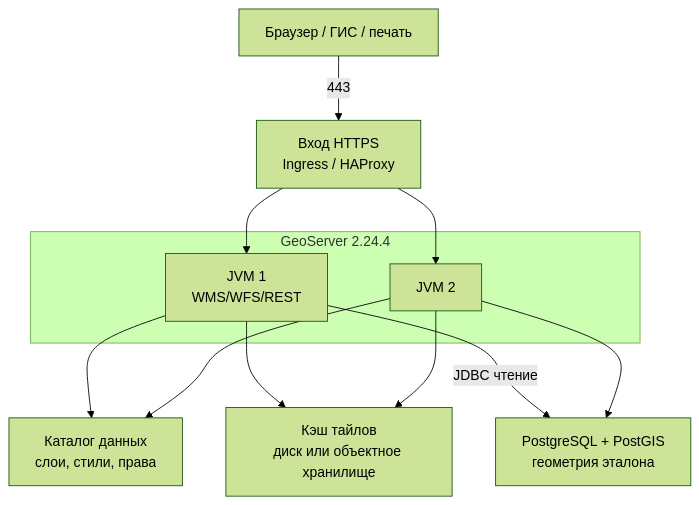
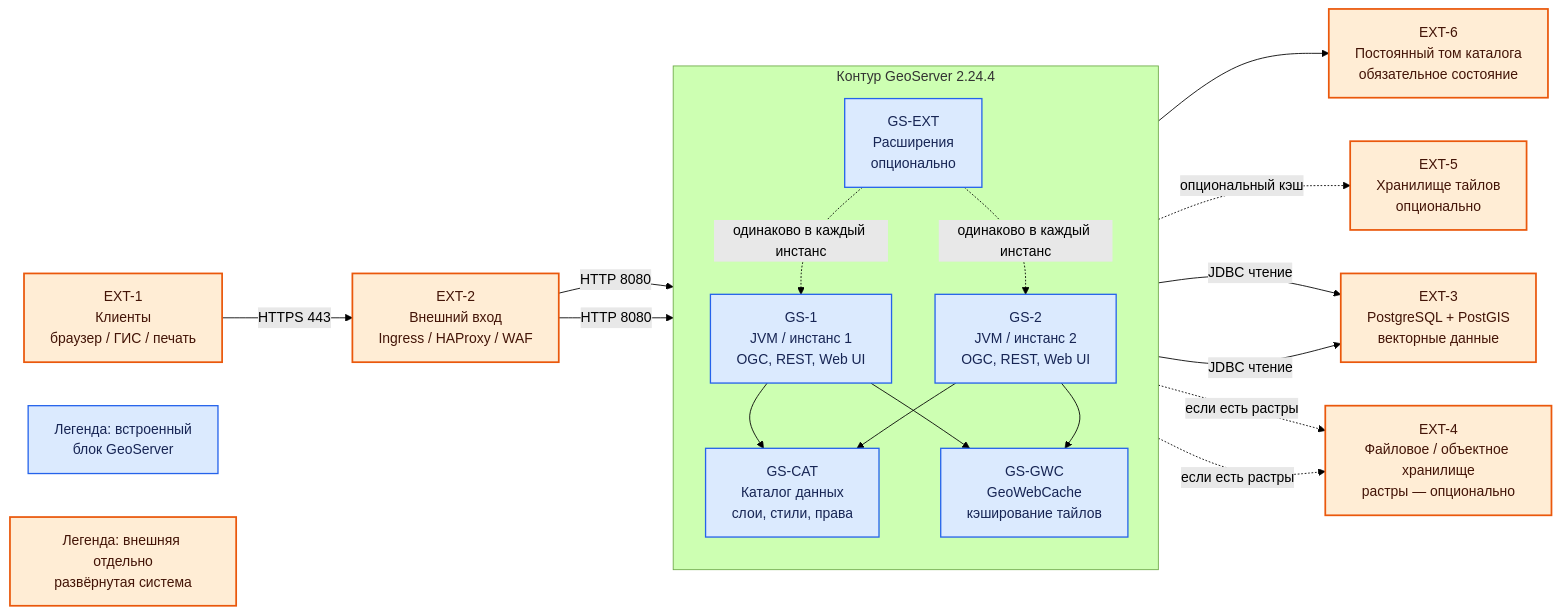
The diagram in Out/ГИС-платформа/GeoServer/GeoServer.md (StrannikE95/WORK-platform_companents), drawn with Mermaid (forest theme) before and after one commit. The commit also changed other lines of this file and 34 other files, not shown here.

````diff
--- a/Out/ГИС-платформа/GeoServer/GeoServer.md
+++ b/Out/ГИС-платформа/GeoServer/GeoServer.md
@@ -86,24 +48,42 @@
 ```mermaid
-flowchart TB
-  U["Браузер / ГИС / печать"]
-  HAP["Вход HTTPS\nIngress / HAProxy"]
+flowchart LR
+  C["EXT-1<br/>Клиенты<br/>браузер / ГИС / печать"]
+  EDGE["EXT-2<br/>Внешний вход<br/>Ingress / HAProxy / WAF"]
 
-  subgraph gs["GeoServer 2.24.4"]
-    N1["JVM 1\nWMS/WFS/REST"]
-    N2["JVM 2"]
+  subgraph GS["Контур GeoServer 2.24.4"]
+    direction TB
+    N1["GS-1<br/>JVM / инстанс 1<br/>OGC, REST, Web UI"]
+    N2["GS-2<br/>JVM / инстанс 2<br/>OGC, REST, Web UI"]
+    CAT["GS-CAT<br/>Каталог данных<br/>слои, стили, права"]
+    GWC["GS-GWC<br/>GeoWebCache<br/>кэширование тайлов"]
+    PLUG["GS-EXT<br/>Расширения<br/>опционально"]
   end
 
-  CAT["Каталог данных\nслои, стили, права"]
-  GWC["Кэш тайлов\nдиск или объектное хранилище"]
-  PG["PostgreSQL + PostGIS\nгеометрия эталона"]
+  PG["EXT-3<br/>PostgreSQL + PostGIS<br/>векторные данные"]
+  RASTER["EXT-4<br/>Файловое / объектное хранилище<br/>растры — опционально"]
+  TILE["EXT-5<br/>Хранилище тайлов<br/>опционально"]
+  VOL["EXT-6<br/>Постоянный том каталога<br/>обязательное состояние"]
+  LB["Легенда: встроенный<br/>блок GeoServer"]
+  LE["Легенда: внешняя отдельно<br/>развёрнутая система"]
 
-  U -->|"443"| HAP
-  HAP --> N1
-  HAP --> N2
+  C -->|"HTTPS 443"| EDGE
+  EDGE -->|"HTTP 8080"| N1
+  EDGE -->|"HTTP 8080"| N2
   N1 --> CAT
   N2 --> CAT
+  CAT --> VOL
   N1 --> GWC
   N2 --> GWC
+  GWC -. "опциональный кэш" .-> TILE
   N1 -->|"JDBC чтение"| PG
-  N2 --> PG
+  N2 -->|"JDBC чтение"| PG
+  N1 -. "если есть растры" .-> RASTER
+  N2 -. "если есть растры" .-> RASTER
+  PLUG -. "одинаково в каждый инстанс" .-> N1
+  PLUG -. "одинаково в каждый инстанс" .-> N2
+
+  classDef builtin fill:#dbeafe,stroke:#2563eb,color:#172554,stroke-width:1.5px;
+  classDef external fill:#ffedd5,stroke:#ea580c,color:#431407,stroke-width:2px;
+  class N1,N2,CAT,GWC,PLUG,LB builtin;
+  class C,EDGE,PG,RASTER,TILE,VOL,LE external;
 ```
````
